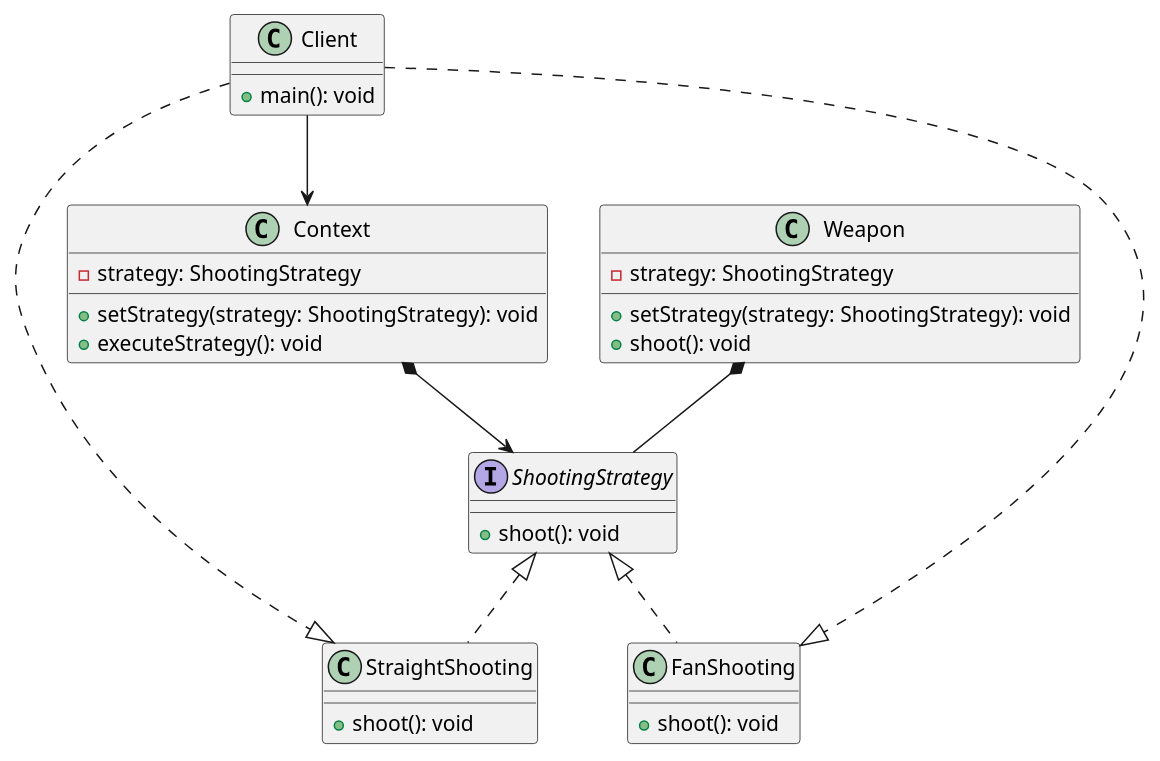
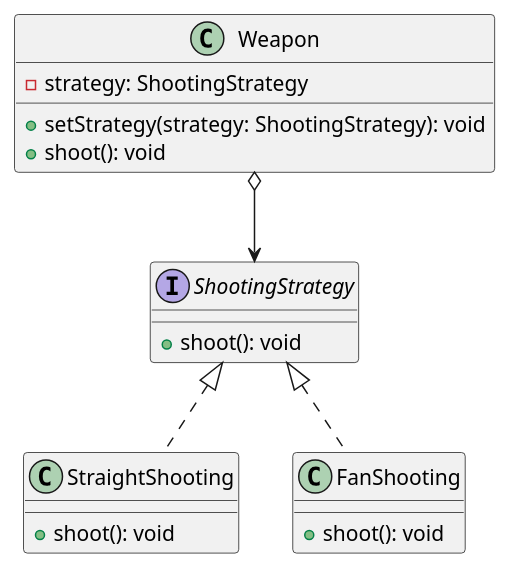
One commit to project-survivor/documentation changed the diagram in UML/Strategy/weapon.strategy.plantuml. Above: the diagram before and after it, drawn with PlantUML. The commit also changed 11 other files, not shown here.

```diff
--- a/UML/Strategy/weapon.strategy.plantuml
+++ b/UML/Strategy/weapon.strategy.plantuml
@@ -1,38 +1,24 @@
 @startuml
 hide footbox
-
-class Client {
-    +main(): void
-}
-
-class Context {
-    -strategy: ShootingStrategy
-    +setStrategy(strategy: ShootingStrategy): void
-    +executeStrategy(): void
-}
 
 interface ShootingStrategy {
     +shoot(): void
 }
 
 class StraightShooting implements ShootingStrategy {
     +shoot(): void
 }
 
 class FanShooting implements ShootingStrategy {
     +shoot(): void
 }
 
 class Weapon {
     -strategy: ShootingStrategy
     +setStrategy(strategy: ShootingStrategy): void
     +shoot(): void
 }
 
-Client --> Context
-Client ..|> StraightShooting
-Client ..|> FanShooting
-Context *--> ShootingStrategy
-Weapon *-- ShootingStrategy
+Weapon o--> ShootingStrategy
 
 @enduml
```
